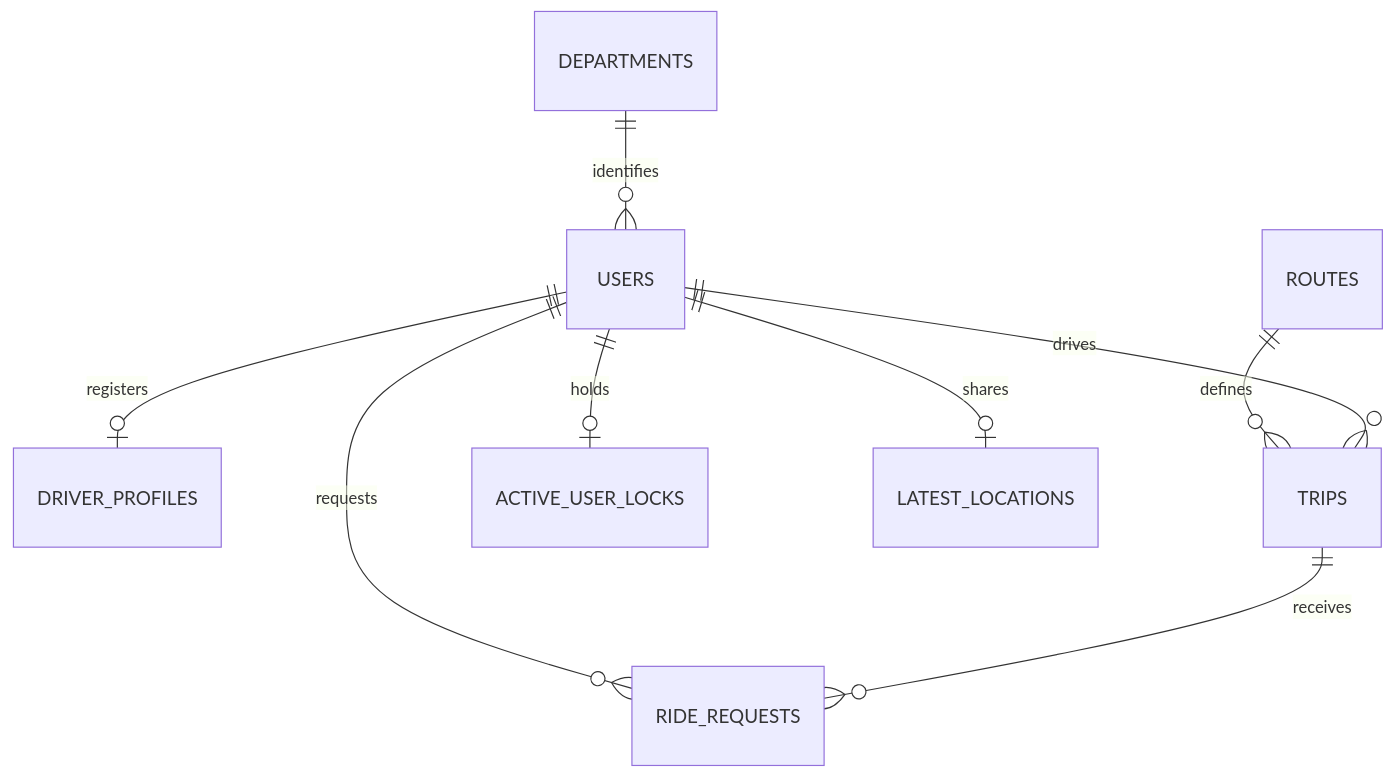
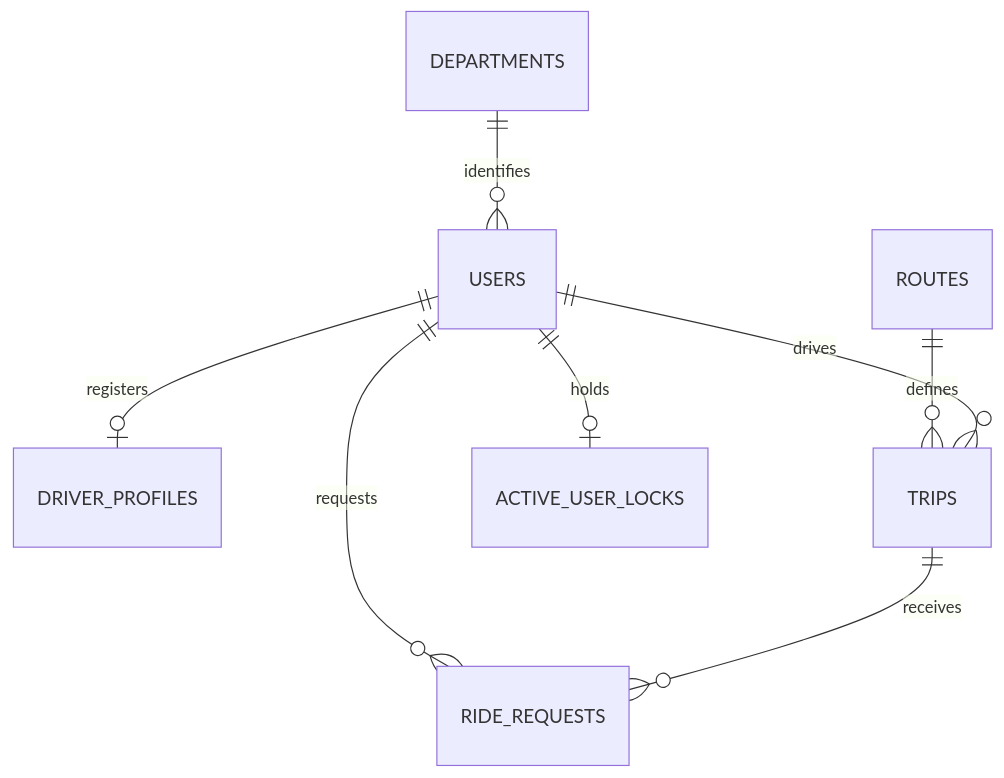
One commit to JooJeongwon/campus-ride changed the second of 2 diagrams in Architecture.md. Above: the diagram before and after it, drawn with Mermaid. The commit also changed other lines of this file and 39 other files, not shown here.

````diff
--- a/Architecture.md
+++ b/Architecture.md
@@ -157,11 +156,10 @@
 ```mermaid
 erDiagram
     USERS ||--o| DRIVER_PROFILES : registers
     USERS ||--o{ TRIPS : drives
     ROUTES ||--o{ TRIPS : defines
     TRIPS ||--o{ RIDE_REQUESTS : receives
     USERS ||--o{ RIDE_REQUESTS : requests
     USERS ||--o| ACTIVE_USER_LOCKS : holds
-    USERS ||--o| LATEST_LOCATIONS : shares
     DEPARTMENTS ||--o{ USERS : identifies
 ```
````
